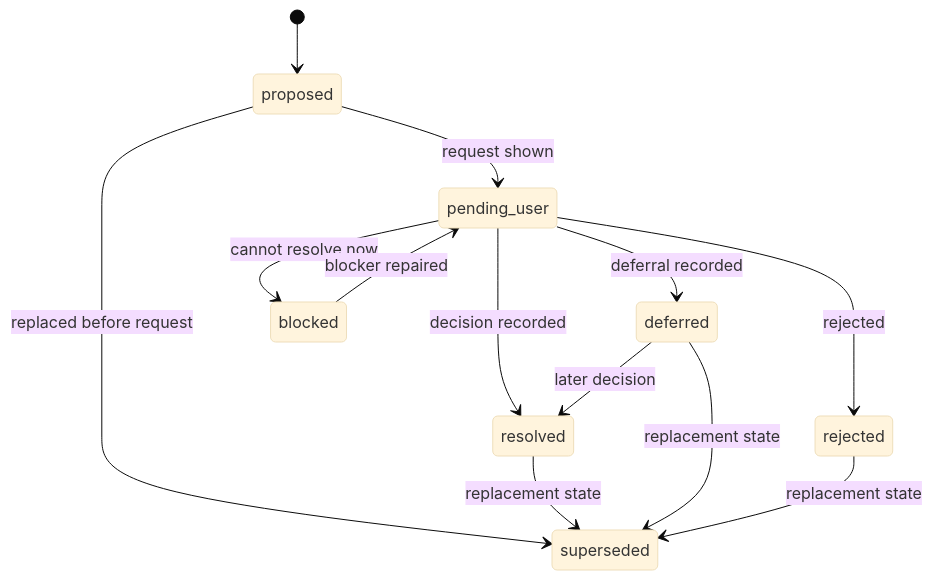
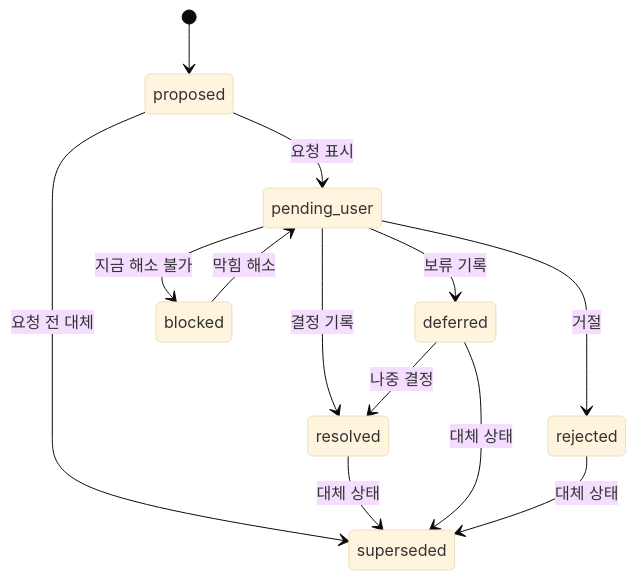
The fourth of 7 diagrams in docs/ko/reference/kernel.md (minjungw00/Harness_Project), drawn with Mermaid (base theme) before and after one commit. The commit also changed other lines of this file and 20 other files, not shown here.

Commit message:
docs: refresh diagrams for staged authority model

````diff
--- a/docs/ko/reference/kernel.md
+++ b/docs/ko/reference/kernel.md
@@ -354,15 +313,15 @@
 ```mermaid
 stateDiagram-v2
   [*] --> proposed
-  proposed --> pending_user: request shown
-  proposed --> superseded: replaced before request
-  pending_user --> resolved: decision recorded
-  pending_user --> deferred: deferral recorded
-  pending_user --> rejected: rejected
-  pending_user --> blocked: cannot resolve now
-  blocked --> pending_user: blocker repaired
-  deferred --> resolved: later decision
-  resolved --> superseded: replacement state
-  deferred --> superseded: replacement state
-  rejected --> superseded: replacement state
+  proposed --> pending_user: 요청 표시
+  proposed --> superseded: 요청 전 대체
+  pending_user --> resolved: 결정 기록
+  pending_user --> deferred: 보류 기록
+  pending_user --> rejected: 거절
+  pending_user --> blocked: 지금 해소 불가
+  blocked --> pending_user: 막힘 해소
+  deferred --> resolved: 나중 결정
+  resolved --> superseded: 대체 상태
+  deferred --> superseded: 대체 상태
+  rejected --> superseded: 대체 상태
 ```
````
